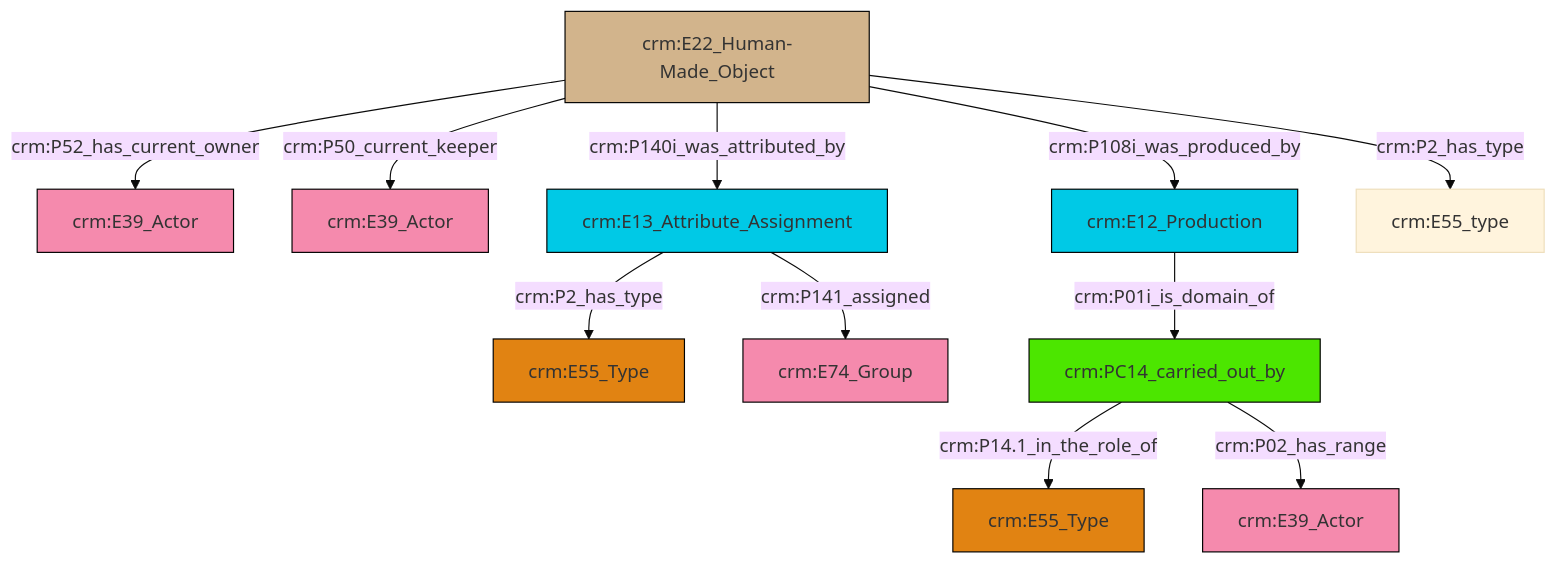
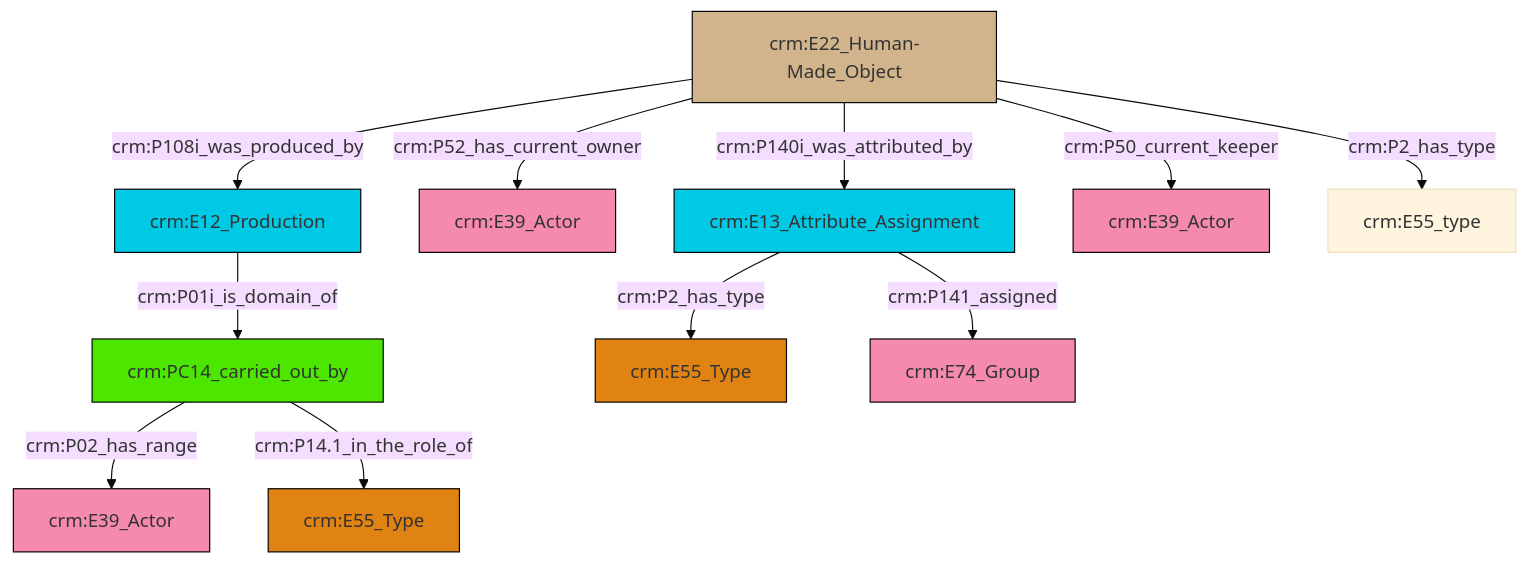
One commit to swiss-art-research-net/docs.swissartresearch changed the diagram in et/artworkCSV/ttl/mmd/Artwork_Actor_Relations.ttl.mmd. Above: the diagram before and after it, drawn with Mermaid (base theme). The commit also changed 174 other files, not shown here.

```diff
--- a/et/artworkCSV/ttl/mmd/Artwork_Actor_Relations.ttl.mmd
+++ b/et/artworkCSV/ttl/mmd/Artwork_Actor_Relations.ttl.mmd
@@ -1,25 +1,25 @@
 graph TD
 classDef Literal fill:#f2f2f2,stroke:#000000;
 classDef CRM_Entity fill:#FFFFFF,stroke:#000000;
 classDef Temporal_Entity fill:#00C9E6, stroke:#000000;
 classDef Type fill:#E18312, stroke:#000000;
 classDef Time-Span fill:#2C9C91, stroke:#000000;
 classDef Appellation fill:#FFEB7F, stroke:#000000;
 classDef Place fill:#008836, stroke:#000000;
 classDef Persistent_Item fill:#B266B2, stroke:#000000;
 classDef Conceptual_Object fill:#FFD700, stroke:#000000;
 classDef Physical_Thing fill:#D2B48C, stroke:#000000;
 classDef Actor fill:#f58aad, stroke:#000000;
 classDef PC_Classes fill:#4ce600, stroke:#000000;
 classDef Multi fill:#cccccc,stroke:#000000;
 
-4["crm:E13_Attribute_Assignment"]:::Temporal_Entity -->|crm:P2_has_type| 5["crm:E55_Type"]:::Type
-8["crm:E22_Human-Made_Object"]:::Physical_Thing -->|crm:P52_has_current_owner| 6["crm:E39_Actor"]:::Actor
-8["crm:E22_Human-Made_Object"]:::Physical_Thing -->|crm:P50_current_keeper| 9["crm:E39_Actor"]:::Actor
-8["crm:E22_Human-Made_Object"]:::Physical_Thing -->|crm:P140i_was_attributed_by| 4["crm:E13_Attribute_Assignment"]:::Temporal_Entity
-0["crm:E12_Production"]:::Temporal_Entity -->|crm:P01i_is_domain_of| 11["crm:PC14_carried_out_by"]:::PC_Classes
-11["crm:PC14_carried_out_by"]:::PC_Classes -->|crm:P14.1_in_the_role_of| 2["crm:E55_Type"]:::Type
-8["crm:E22_Human-Made_Object"]:::Physical_Thing -->|crm:P108i_was_produced_by| 0["crm:E12_Production"]:::Temporal_Entity
-4["crm:E13_Attribute_Assignment"]:::Temporal_Entity -->|crm:P141_assigned| 18["crm:E74_Group"]:::Actor
-11["crm:PC14_carried_out_by"]:::PC_Classes -->|crm:P02_has_range| 19["crm:E39_Actor"]:::Actor
-8["crm:E22_Human-Made_Object"]:::Physical_Thing -->|crm:P2_has_type| 15["crm:E55_type"]:::Default
+6["crm:E22_Human-Made_Object"]:::Physical_Thing -->|crm:P52_has_current_owner| 4["crm:E39_Actor"]:::Actor
+7["crm:PC14_carried_out_by"]:::PC_Classes -->|crm:P02_has_range| 8["crm:E39_Actor"]:::Actor
+0["crm:E13_Attribute_Assignment"]:::Temporal_Entity -->|crm:P2_has_type| 13["crm:E55_Type"]:::Type
+0["crm:E13_Attribute_Assignment"]:::Temporal_Entity -->|crm:P141_assigned| 15["crm:E74_Group"]:::Actor
+9["crm:E12_Production"]:::Temporal_Entity -->|crm:P01i_is_domain_of| 7["crm:PC14_carried_out_by"]:::PC_Classes
+6["crm:E22_Human-Made_Object"]:::Physical_Thing -->|crm:P2_has_type| 17["crm:E55_type"]:::Default
+6["crm:E22_Human-Made_Object"]:::Physical_Thing -->|crm:P50_current_keeper| 11["crm:E39_Actor"]:::Actor
+7["crm:PC14_carried_out_by"]:::PC_Classes -->|crm:P14.1_in_the_role_of| 2["crm:E55_Type"]:::Type
+6["crm:E22_Human-Made_Object"]:::Physical_Thing -->|crm:P108i_was_produced_by| 9["crm:E12_Production"]:::Temporal_Entity
+6["crm:E22_Human-Made_Object"]:::Physical_Thing -->|crm:P140i_was_attributed_by| 0["crm:E13_Attribute_Assignment"]:::Temporal_Entity
```
